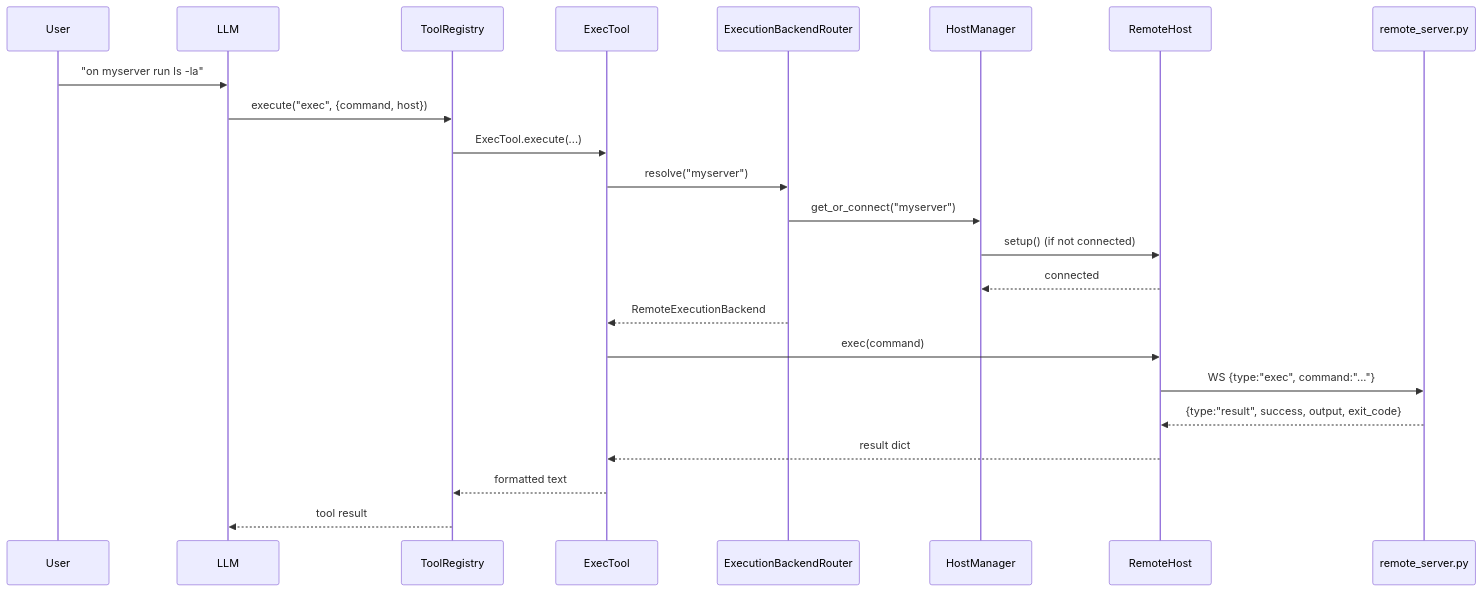
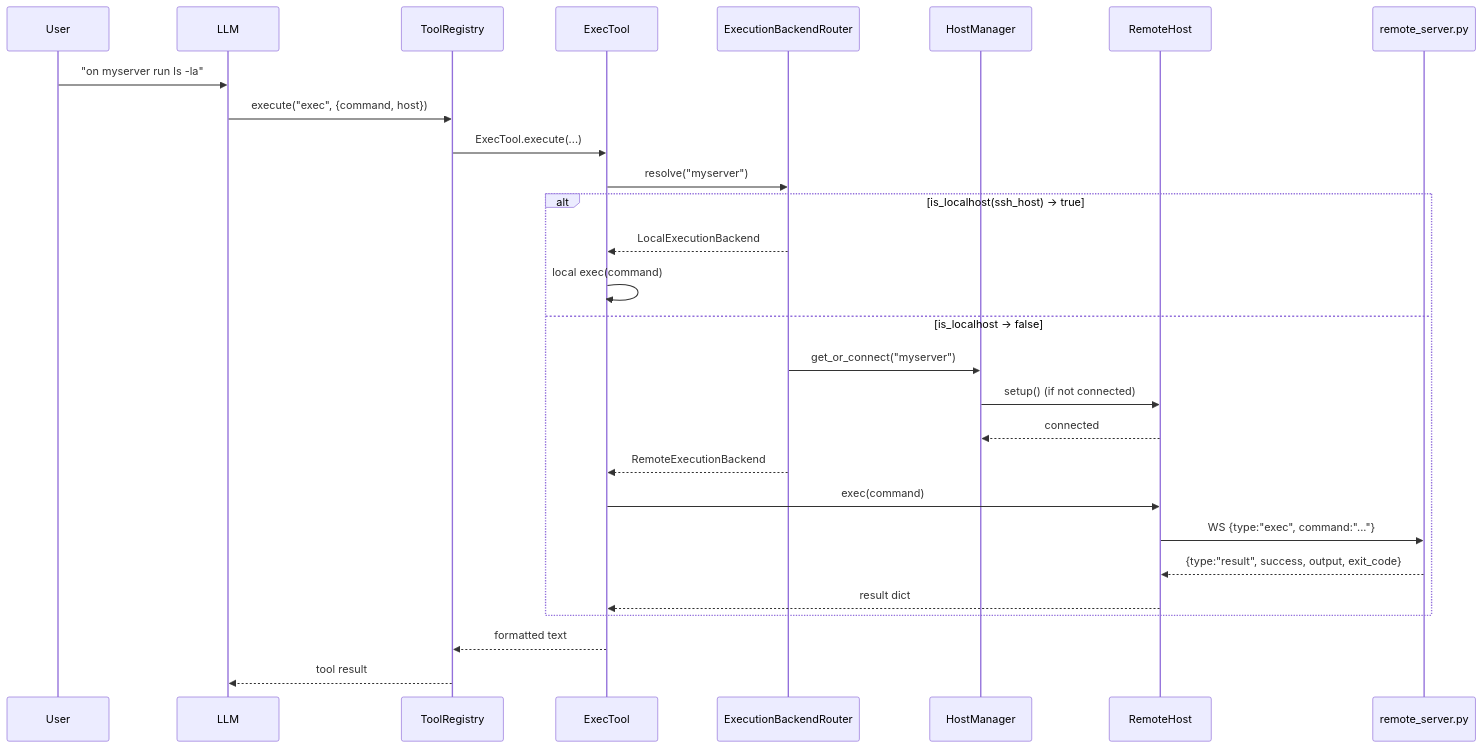
Before and after one commit to chtangwin/nanobot: the second of 9 diagrams in docs/node-remote/HOST_ARCHITECTURE_GRAPH.md, drawn with Mermaid. The commit also changed other lines of this file and 2 other files, not shown here.

First line of the commit message:
docs: update architecture diagrams for HostsTool→ExecTool delegation and localhost detection

````diff
--- a/docs/node-remote/HOST_ARCHITECTURE_GRAPH.md
+++ b/docs/node-remote/HOST_ARCHITECTURE_GRAPH.md
@@ -139,26 +141,33 @@
 ```mermaid
 sequenceDiagram
     participant U as User
     participant LLM as LLM
     participant TR as ToolRegistry
     participant ET as ExecTool
     participant BR as ExecutionBackendRouter
     participant HM as HostManager
     participant RH as RemoteHost
     participant RS as remote_server.py
 
     U->>LLM: "on myserver run ls -la"
     LLM->>TR: execute("exec", {command, host})
     TR->>ET: ExecTool.execute(...)
     ET->>BR: resolve("myserver")
-    BR->>HM: get_or_connect("myserver")
-    HM->>RH: setup() (if not connected)
-    RH-->>HM: connected
-    BR-->>ET: RemoteExecutionBackend
-    ET->>RH: exec(command)
-    RH->>RS: WS {type:"exec", command:"..."}
-    RS-->>RH: {type:"result", success, output, exit_code}
-    RH-->>ET: result dict
+
+    alt is_localhost(ssh_host) → true
+        BR-->>ET: LocalExecutionBackend
+        ET->>ET: local exec(command)
+    else is_localhost → false
+        BR->>HM: get_or_connect("myserver")
+        HM->>RH: setup() (if not connected)
+        RH-->>HM: connected
+        BR-->>ET: RemoteExecutionBackend
+        ET->>RH: exec(command)
+        RH->>RS: WS {type:"exec", command:"..."}
+        RS-->>RH: {type:"result", success, output, exit_code}
+        RH-->>ET: result dict
+    end
+
     ET-->>TR: formatted text
     TR-->>LLM: tool result
 ```
````
